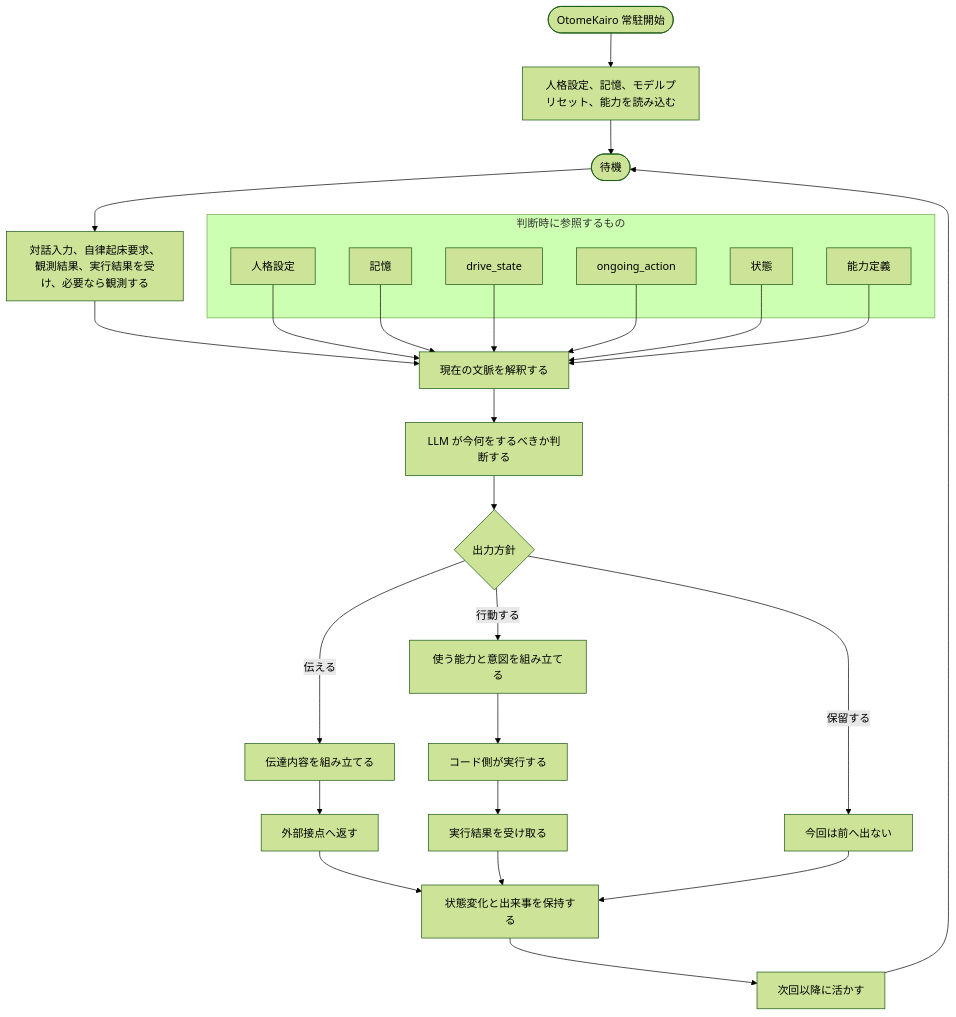
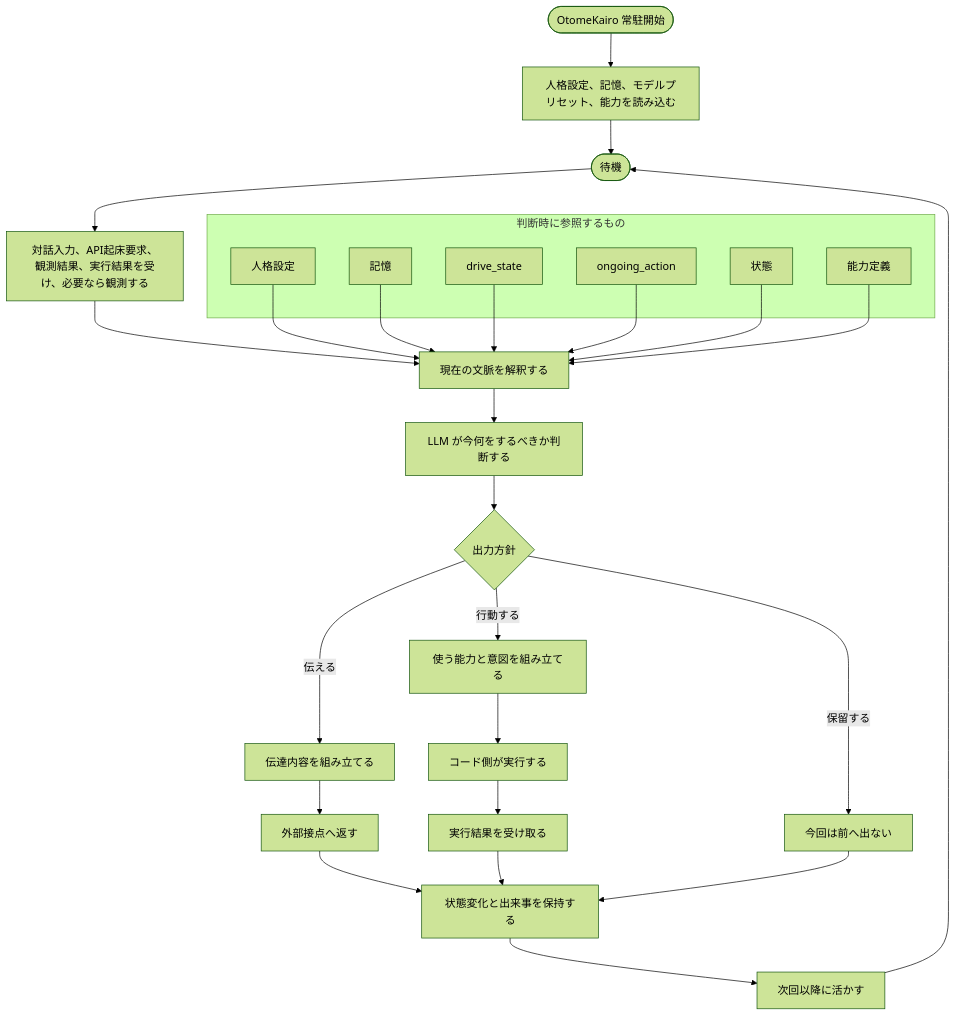
One commit to hirona98/OtomeKairo changed the diagram in docs/design/03_アーキテクチャ.md. Above: the diagram before and after it, drawn with Mermaid (forest theme). The commit also changed other lines of this file and 28 other files, not shown here.

````diff
--- a/docs/design/03_アーキテクチャ.md
+++ b/docs/design/03_アーキテクチャ.md
@@ -53,51 +53,51 @@
 ```mermaid
 flowchart TD
     Start([OtomeKairo 常駐開始])
     Load[人格設定、記憶、モデルプリセット、能力を読み込む]
     Wait([待機])
-    Observe[対話入力、自律起床要求、観測結果、実行結果を受け、必要なら観測する]
+    Observe[対話入力、API起床要求、観測結果、実行結果を受け、必要なら観測する]
     Build[現在の文脈を解釈する]
     Decide["LLM が今何をするべきか判断する"]
     Branch{出力方針}
     Communicate[伝達内容を組み立てる]
     Plan[使う能力と意図を組み立てる]
     Execute[コード側が実行する]
     Hold[今回は前へ出ない]
     Return[外部接点へ返す]
     Result[実行結果を受け取る]
     Store[状態変化と出来事を保持する]
     Next[次回以降に活かす]
 
     subgraph Ref["判断時に参照するもの"]
         Persona[人格設定]
         Memory[記憶]
         Drive[drive_state]
         Action[ongoing_action]
         State[状態]
         Capability[能力定義]
     end
 
     Start --> Load
     Load --> Wait
     Wait --> Observe
     Observe --> Build
     Persona --> Build
     Memory --> Build
     Drive --> Build
     Action --> Build
     State --> Build
     Capability --> Build
     Build --> Decide
     Decide --> Branch
     Branch -->|伝える| Communicate
     Branch -->|行動する| Plan
     Branch -->|保留する| Hold
     Communicate --> Return
     Plan --> Execute
     Execute --> Result
     Return --> Store
     Result --> Store
     Hold --> Store
     Store --> Next
     Next --> Wait
 ```
````
